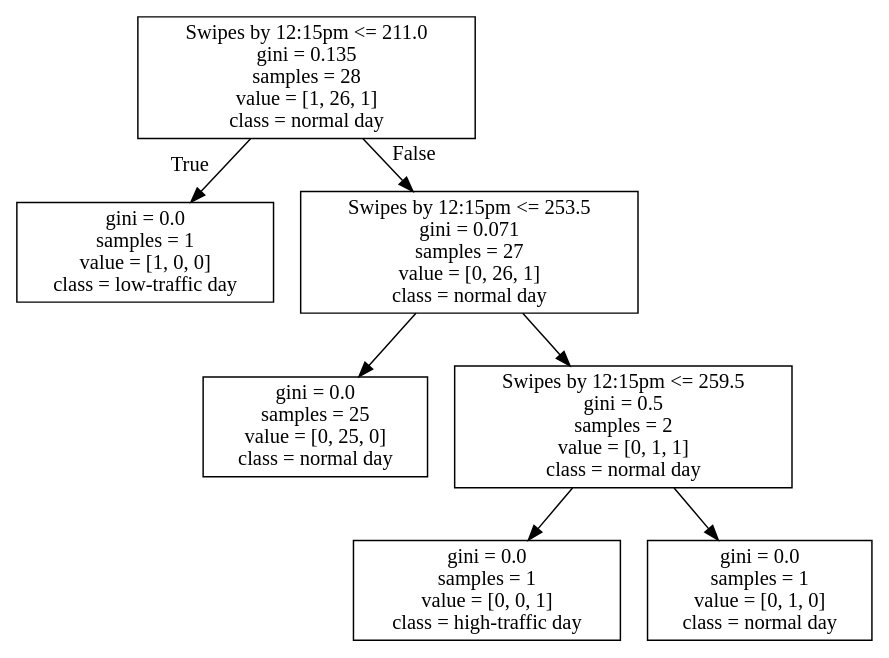
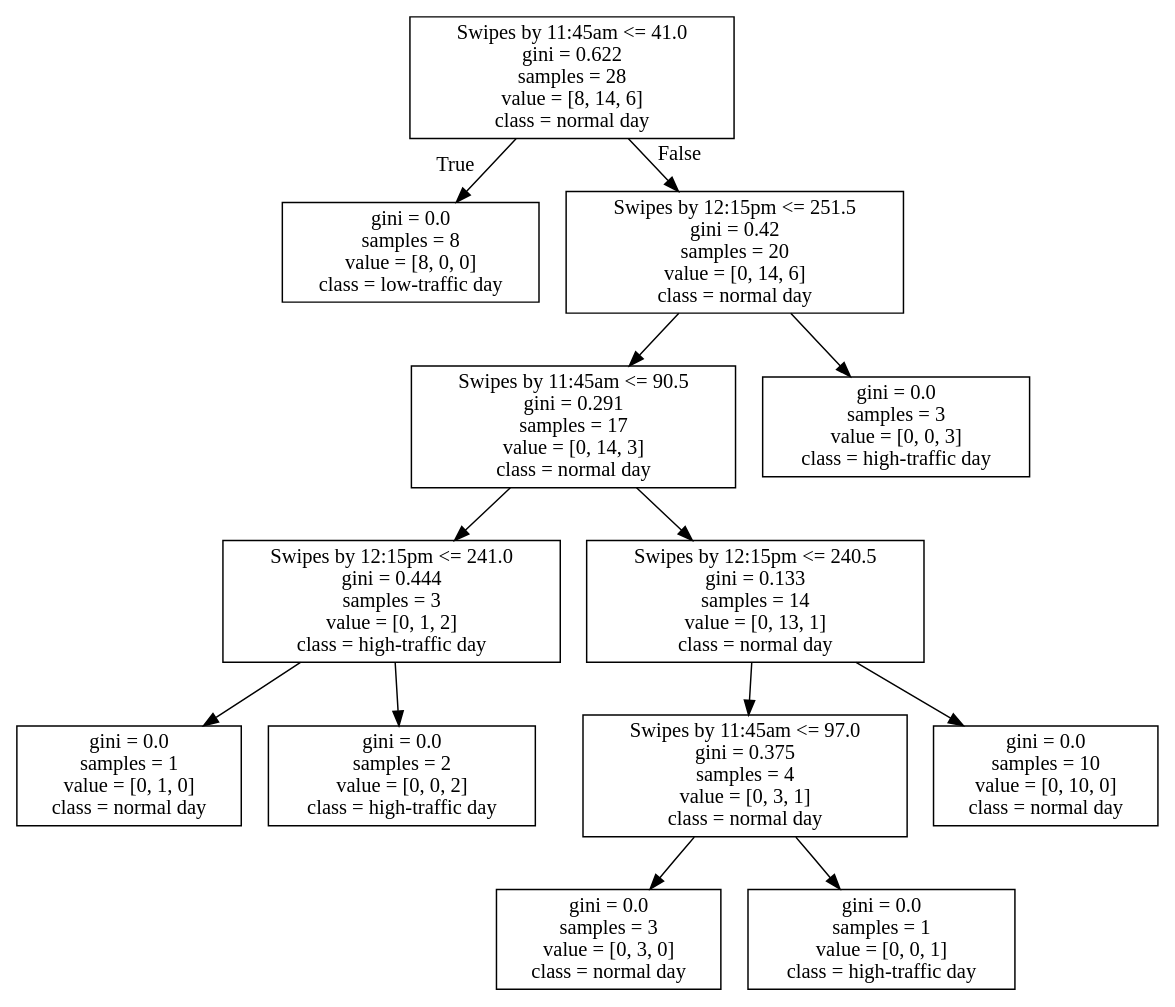
The diagram in hw2_data 2/62.dot (gracec10/yaledata), drawn with Graphviz before and after one commit. The commit also changed 4 other files, not shown here.

```diff
--- a/hw2_data 2/62.dot
+++ b/hw2_data 2/62.dot
@@ -1,16 +1,28 @@
 digraph Tree {
 node [shape=box] ;
-0 [label="Swipes by 12:15pm <= 211.0\ngini = 0.135\nsamples = 28\nvalue = [1, 26, 1]\nclass = normal day"] ;
-1 [label="gini = 0.0\nsamples = 1\nvalue = [1, 0, 0]\nclass = low-traffic day"] ;
+0 [label="Swipes by 11:45am <= 41.0\ngini = 0.622\nsamples = 28\nvalue = [8, 14, 6]\nclass = normal day"] ;
+1 [label="gini = 0.0\nsamples = 8\nvalue = [8, 0, 0]\nclass = low-traffic day"] ;
 0 -> 1 [labeldistance=2.5, labelangle=45, headlabel="True"] ;
-2 [label="Swipes by 12:15pm <= 253.5\ngini = 0.071\nsamples = 27\nvalue = [0, 26, 1]\nclass = normal day"] ;
+2 [label="Swipes by 12:15pm <= 251.5\ngini = 0.42\nsamples = 20\nvalue = [0, 14, 6]\nclass = normal day"] ;
 0 -> 2 [labeldistance=2.5, labelangle=-45, headlabel="False"] ;
-3 [label="gini = 0.0\nsamples = 25\nvalue = [0, 25, 0]\nclass = normal day"] ;
+3 [label="Swipes by 11:45am <= 90.5\ngini = 0.291\nsamples = 17\nvalue = [0, 14, 3]\nclass = normal day"] ;
 2 -> 3 ;
-4 [label="Swipes by 12:15pm <= 259.5\ngini = 0.5\nsamples = 2\nvalue = [0, 1, 1]\nclass = normal day"] ;
-2 -> 4 ;
-5 [label="gini = 0.0\nsamples = 1\nvalue = [0, 0, 1]\nclass = high-traffic day"] ;
+4 [label="Swipes by 12:15pm <= 241.0\ngini = 0.444\nsamples = 3\nvalue = [0, 1, 2]\nclass = high-traffic day"] ;
+3 -> 4 ;
+5 [label="gini = 0.0\nsamples = 1\nvalue = [0, 1, 0]\nclass = normal day"] ;
 4 -> 5 ;
-6 [label="gini = 0.0\nsamples = 1\nvalue = [0, 1, 0]\nclass = normal day"] ;
+6 [label="gini = 0.0\nsamples = 2\nvalue = [0, 0, 2]\nclass = high-traffic day"] ;
 4 -> 6 ;
+7 [label="Swipes by 12:15pm <= 240.5\ngini = 0.133\nsamples = 14\nvalue = [0, 13, 1]\nclass = normal day"] ;
+3 -> 7 ;
+8 [label="Swipes by 11:45am <= 97.0\ngini = 0.375\nsamples = 4\nvalue = [0, 3, 1]\nclass = normal day"] ;
+7 -> 8 ;
+9 [label="gini = 0.0\nsamples = 3\nvalue = [0, 3, 0]\nclass = normal day"] ;
+8 -> 9 ;
+10 [label="gini = 0.0\nsamples = 1\nvalue = [0, 0, 1]\nclass = high-traffic day"] ;
+8 -> 10 ;
+11 [label="gini = 0.0\nsamples = 10\nvalue = [0, 10, 0]\nclass = normal day"] ;
+7 -> 11 ;
+12 [label="gini = 0.0\nsamples = 3\nvalue = [0, 0, 3]\nclass = high-traffic day"] ;
+2 -> 12 ;
 }
```
